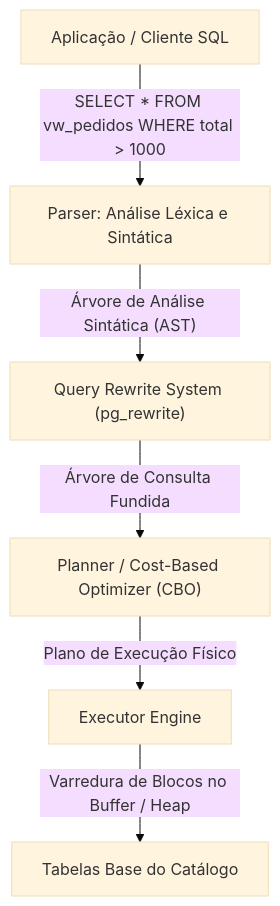
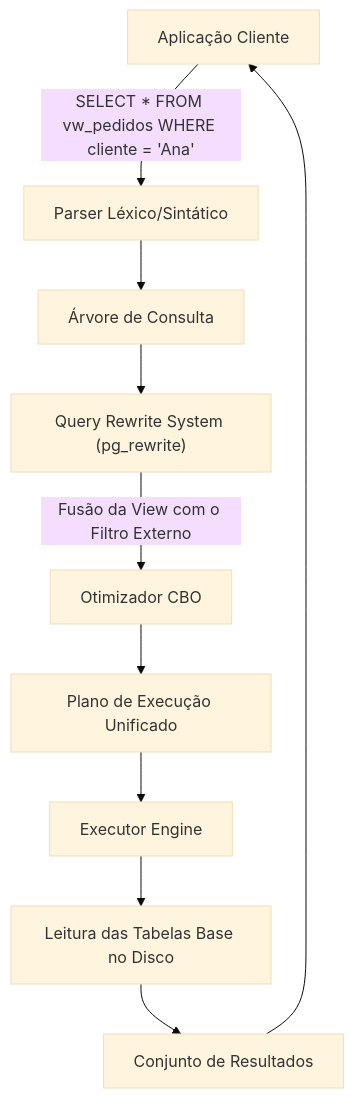
Diagram 14 of 18 in 4º Semestre/[Prof. Welington Garcia] Tópicos Avançados em Banco de Dados/Resumos-IA/Simulados-Comentados.md (murilolol/unifef), drawn with Mermaid (base theme) before and after one commit. The commit also changed other lines of this file and 25 other files, not shown here.

````diff
--- a/4º Semestre/[Prof. Welington Garcia] Tópicos Avançados em Banco de Dados/Resumos-IA/Simulados-Comentados.md
+++ b/4º Semestre/[Prof. Welington Garcia] Tópicos Avançados em Banco de Dados/Resumos-IA/Simulados-Comentados.md
@@ -123,8 +865,12 @@
 ```mermaid
 flowchart TD
-    Client["Aplicação / Cliente SQL"] -->|"SELECT * FROM vw_pedidos WHERE total > 1000"| Parser["Parser: Análise Léxica e Sintática"]
-    Parser -->|"Árvore de Análise Sintática (AST)"| Rewriter["Query Rewrite System (pg_rewrite)"]
-    Rewriter -->|"Árvore de Consulta Fundida"| Planner["Planner / Cost-Based Optimizer (CBO)"]
-    Planner -->|"Plano de Execução Físico"| Executor["Executor Engine"]
-    Executor -->|"Varredura de Blocos no Buffer / Heap"| Tables["Tabelas Base do Catálogo"]
+    Cli["Aplicação Cliente"] -->|"SELECT * FROM vw_pedidos WHERE cliente = 'Ana'"| Parser["Parser Léxico/Sintático"]
+    Parser --> QTree["Árvore de Consulta"]
+    QTree --> Rewriter["Query Rewrite System (pg_rewrite)"]
+    Rewriter -->|"Fusão da View com o Filtro Externo"| Opt["Otimizador CBO"]
+    Opt --> Plan["Plano de Execução Unificado"]
+    Plan --> Exec["Executor Engine"]
+    Exec --> Disk["Leitura das Tabelas Base no Disco"]
+    Disk --> Res["Conjunto de Resultados"]
+    Res --> Cli
 ```
````
